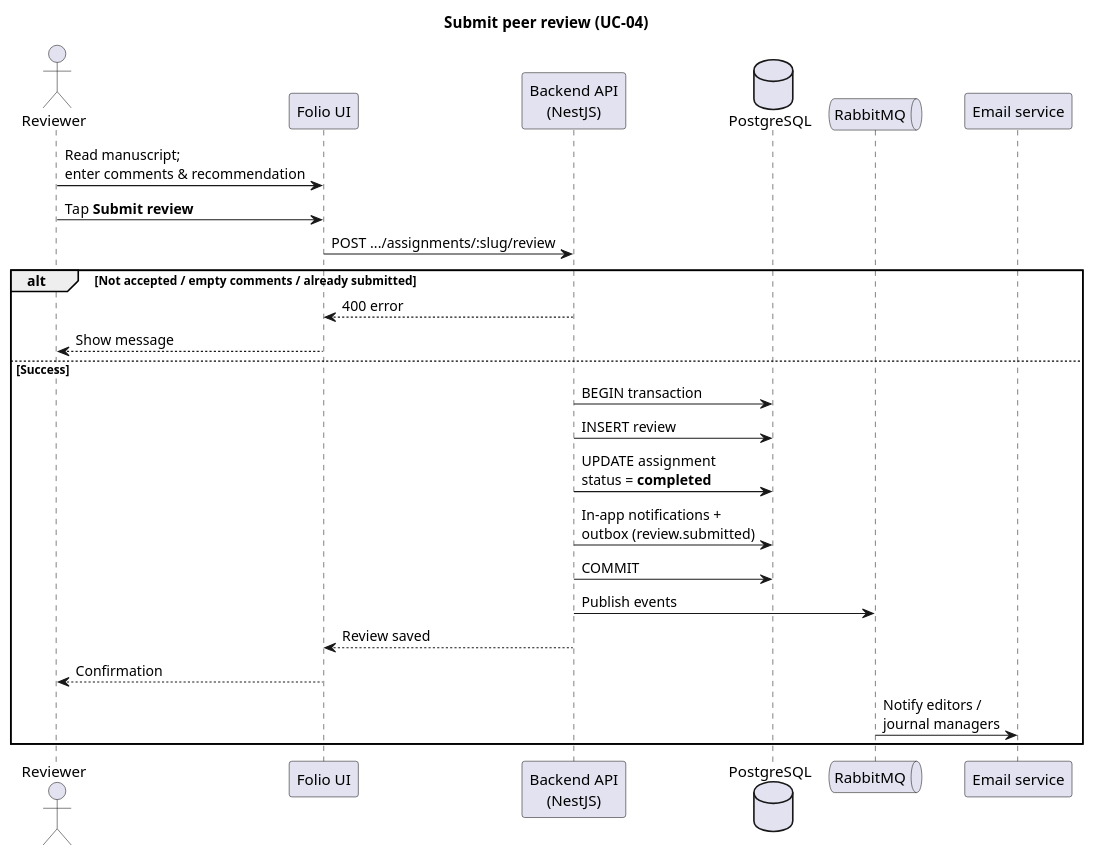
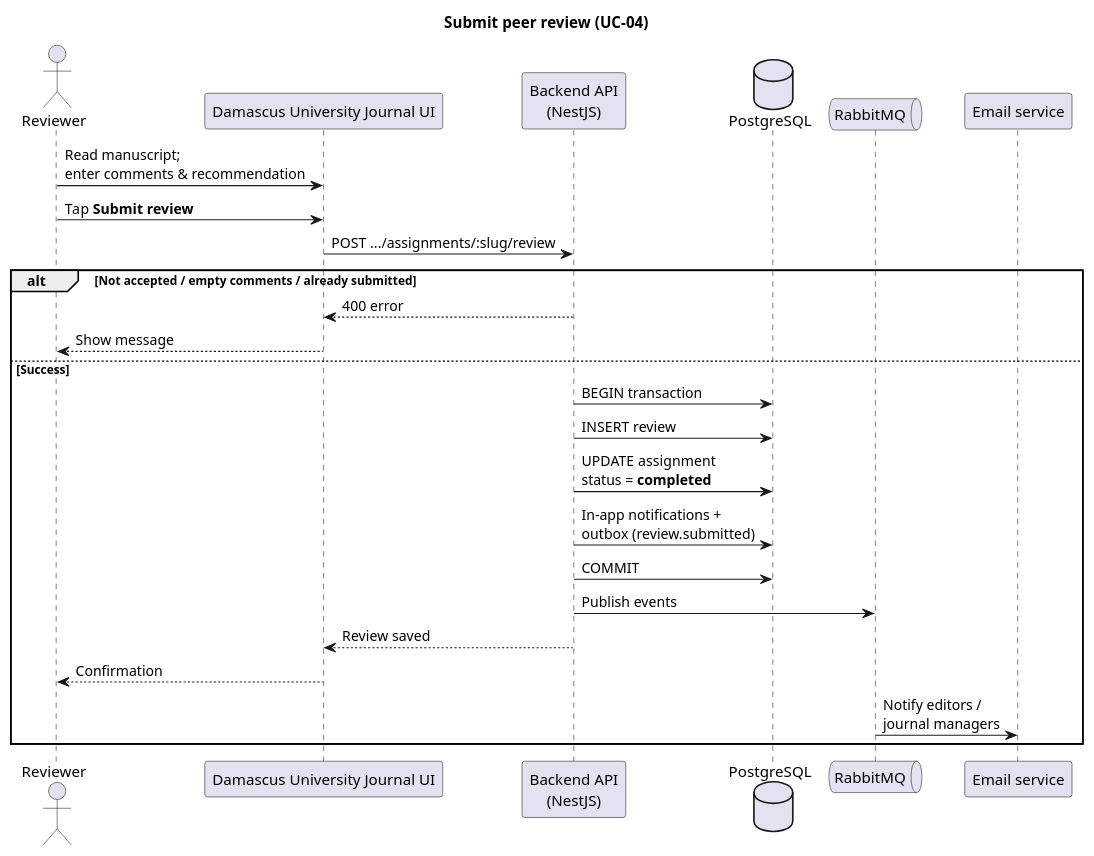
The diagram in docs/diagrams/sequences/submit-peer-review.puml (OmarNajiAlhayek/folio), drawn with PlantUML before and after one commit. The commit also changed 47 other files, not shown here.

```diff
--- a/docs/diagrams/sequences/submit-peer-review.puml
+++ b/docs/diagrams/sequences/submit-peer-review.puml
@@ -1,35 +1,35 @@
 @startuml folio-sequence-submit-peer-review
-' Folio — Reviewer submits review (UC-04)
+' Damascus University Journal — Reviewer submits review (UC-04)
 ' Render: https://www.plantuml.com/plantuml
 
 title Submit peer review (UC-04)
 
 actor Reviewer
-participant "Folio UI" as UI
+participant "Damascus University Journal UI" as UI
 participant "Backend API\n(NestJS)" as API
 database "PostgreSQL" as DB
 queue "RabbitMQ" as MQ
 participant "Email service" as Email
 
 Reviewer -> UI : Read manuscript;\nenter comments & recommendation
 Reviewer -> UI : Tap **Submit review**
 UI -> API : POST .../assignments/:slug/review
 
 alt Not accepted / empty comments / already submitted
   API --> UI : 400 error
   UI --> Reviewer : Show message
 else Success
   API -> DB : BEGIN transaction
   API -> DB : INSERT review
   API -> DB : UPDATE assignment\nstatus = **completed**
   API -> DB : In-app notifications +\noutbox (review.submitted)
   API -> DB : COMMIT
 
   API -> MQ : Publish events
   API --> UI : Review saved
   UI --> Reviewer : Confirmation
 
   MQ -> Email : Notify editors /\njournal managers
 end
 
 @enduml
```
